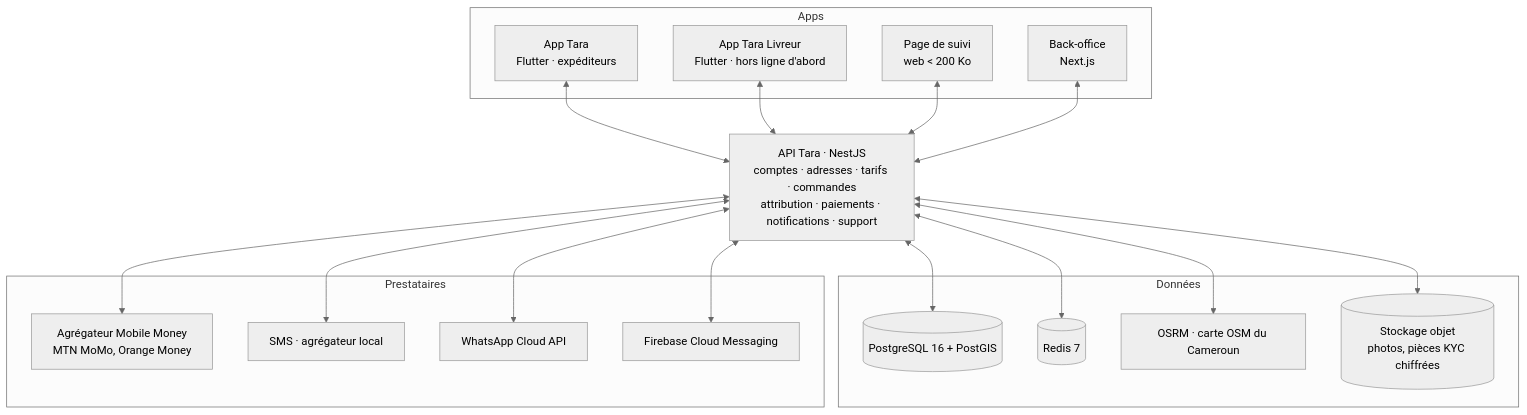
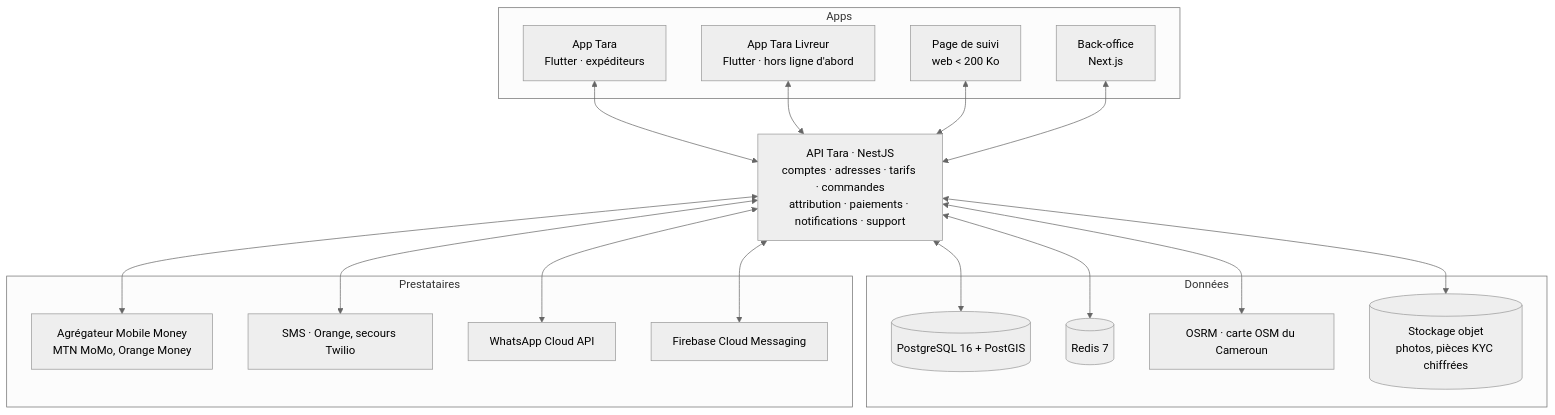
The first of 2 diagrams in docs/ARCHITECTURE.md (ulaihub/tara-platform), drawn with Mermaid (neutral theme) before and after one commit. The commit also changed other lines of this file and 14 other files, not shown here.

First line of the commit message:
SMS : Orange Cameroun en principal, Twilio en secours, alertes de volume

````diff
--- a/docs/ARCHITECTURE.md
+++ b/docs/ARCHITECTURE.md
@@ -7,25 +7,25 @@
 ```mermaid
 flowchart TB
   subgraph Apps
     client[App Tara<br/>Flutter · expéditeurs]
     rider[App Tara Livreur<br/>Flutter · hors ligne d'abord]
     tracking[Page de suivi<br/>web &lt; 200 Ko]
     backoffice[Back-office<br/>Next.js]
   end
   api[API Tara · NestJS<br/>comptes · adresses · tarifs · commandes<br/>attribution · paiements · notifications · support]
   subgraph Données
     pg[(PostgreSQL 16 + PostGIS)]
     redis[(Redis 7)]
     osrm[OSRM · carte OSM du Cameroun]
     s3[(Stockage objet<br/>photos, pièces KYC chiffrées)]
   end
   subgraph Prestataires
     momo[Agrégateur Mobile Money<br/>MTN MoMo, Orange Money]
-    sms[SMS · agrégateur local]
+    sms[SMS · Orange, secours Twilio]
     wa[WhatsApp Cloud API]
     fcm[Firebase Cloud Messaging]
   end
   client & rider & tracking & backoffice <--> api
   api <--> pg & redis & osrm & s3
   api <--> momo & sms & wa & fcm
 ```
````
